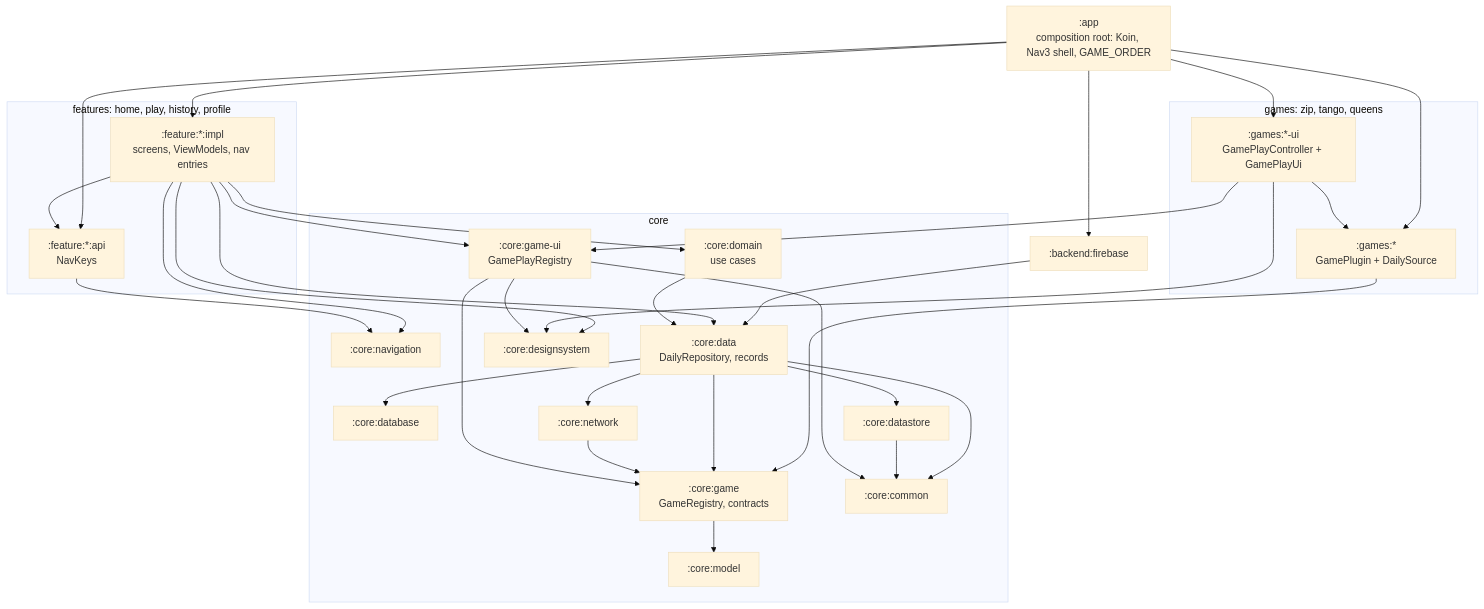
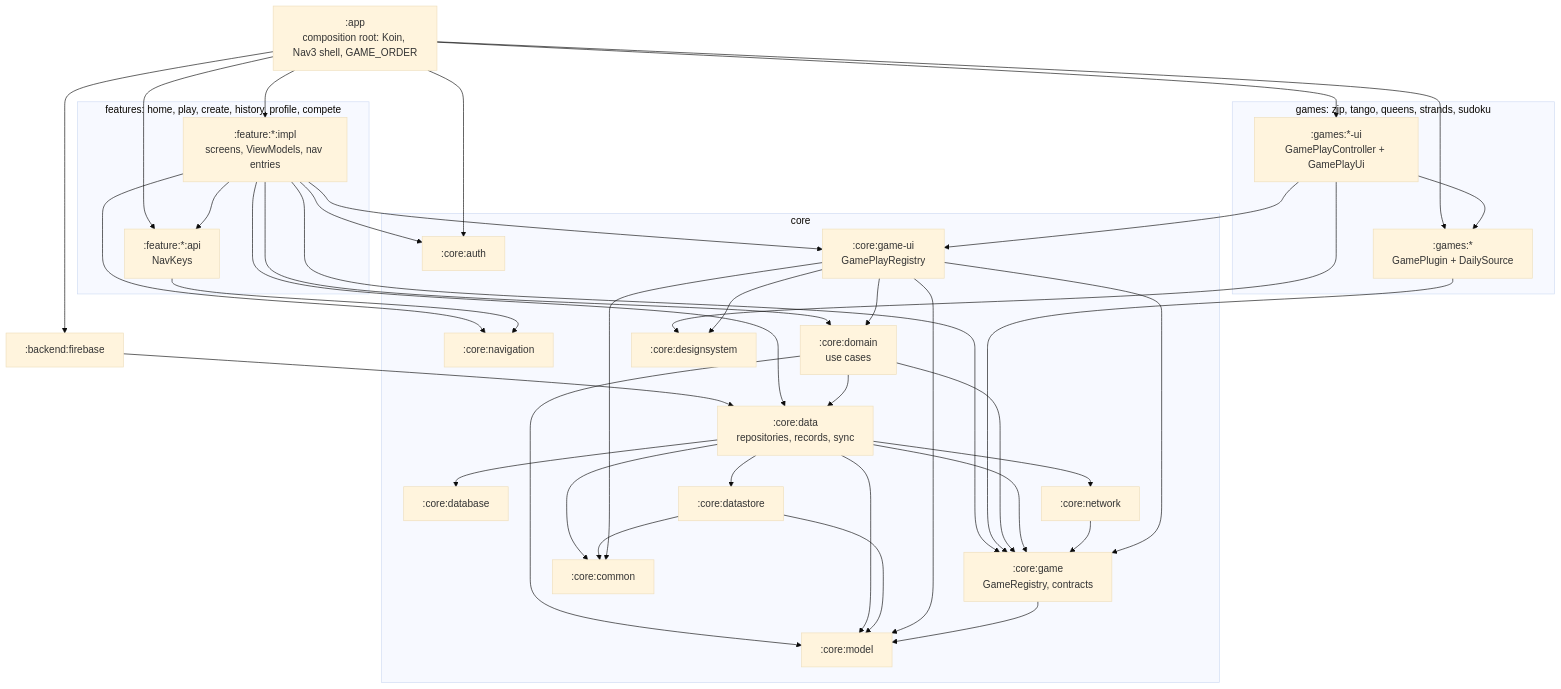
Before and after one commit to ivanDsky/PuzzleBox: the diagram in README.md, drawn with Mermaid (base theme). The commit also changed other lines of this file and 8 other files, not shown here.

````diff
--- a/README.md
+++ b/README.md
@@ -48,44 +92,45 @@
 ```mermaid
 graph TD
     app[":app<br/>composition root: Koin, Nav3 shell, GAME_ORDER"]
     backend[":backend:firebase"]
 
-    subgraph features["features: home, play, history, profile"]
+    subgraph features["features: home, play, create, history, profile, compete"]
         impl[":feature:*:impl<br/>screens, ViewModels, nav entries"]
         api[":feature:*:api<br/>NavKeys"]
     end
 
-    subgraph games["games: zip, tango, queens"]
+    subgraph games["games: zip, tango, queens, strands, sudoku"]
         gameui[":games:*-ui<br/>GamePlayController + GamePlayUi"]
         game[":games:*<br/>GamePlugin + DailySource"]
     end
 
     subgraph core["core"]
+        auth[":core:auth"]
         navigation[":core:navigation"]
         domain[":core:domain<br/>use cases"]
-        data[":core:data<br/>DailyRepository, records"]
+        data[":core:data<br/>repositories, records, sync"]
         database[":core:database"]
         network[":core:network"]
         datastore[":core:datastore"]
         coregameui[":core:game-ui<br/>GamePlayRegistry"]
         coregame[":core:game<br/>GameRegistry, contracts"]
         designsystem[":core:designsystem"]
         common[":core:common"]
         model[":core:model"]
     end
 
-    app --> impl & api & gameui & game & backend
+    app --> impl & api & gameui & game & backend & auth
     backend --> data
     impl --> api
-    impl --> navigation & domain & data & coregameui & designsystem
+    impl --> auth & navigation & domain & data & coregame & coregameui
     api --> navigation
     gameui --> game
     gameui --> coregameui & designsystem
     game --> coregame
-    domain --> data
-    data --> database & network & datastore & coregame & common
+    domain --> data & coregame & model
+    data --> database & network & datastore & coregame & common & model
     network --> coregame
-    datastore --> common
-    coregameui --> coregame & designsystem & common
+    datastore --> common & model
+    coregameui --> coregame & designsystem & domain & common & model
     coregame --> model
 ```
````
